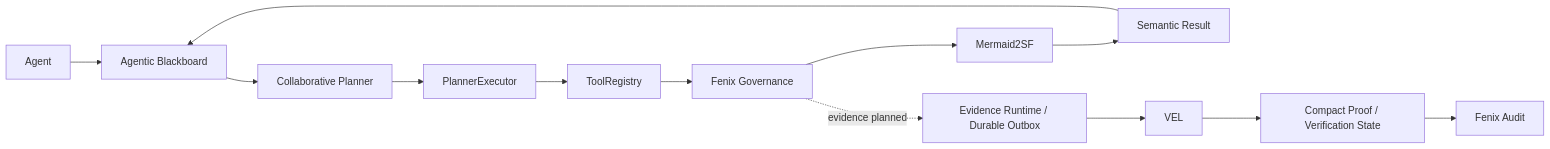
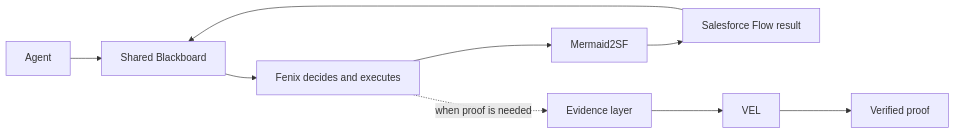
One commit to krukmat/fenix changed the third of 5 diagrams in README.md. Above: the diagram before and after it, drawn with Mermaid. The commit also changed other lines of this file, not shown here.

````diff
--- a/README.md
+++ b/README.md
@@ -254,16 +254,12 @@
 ```mermaid
 flowchart LR
-    AGENT[Agent] --> BB[Agentic Blackboard]
-    BB --> PLAN[Collaborative Planner]
-    PLAN --> EXEC[PlannerExecutor]
-    EXEC --> TR[ToolRegistry]
-    TR --> GOV[Fenix Governance]
-    GOV --> M2SF[Mermaid2SF]
-    M2SF --> RESULT[Semantic Result]
-    RESULT --> BB
+    A[Agent] --> B[Shared Blackboard]
+    B --> F[Fenix decides and executes]
+    F --> M[Mermaid2SF]
+    M --> R[Salesforce Flow result]
+    R --> B
 
-    GOV -. evidence planned .-> ER[Evidence Runtime / Durable Outbox]
-    ER --> VEL[VEL]
-    VEL --> PROOF[Compact Proof / Verification State]
-    PROOF --> AUDIT[Fenix Audit]
+    F -. when proof is needed .-> E[Evidence layer]
+    E --> V[VEL]
+    V --> P[Verified proof]
 ```
````
